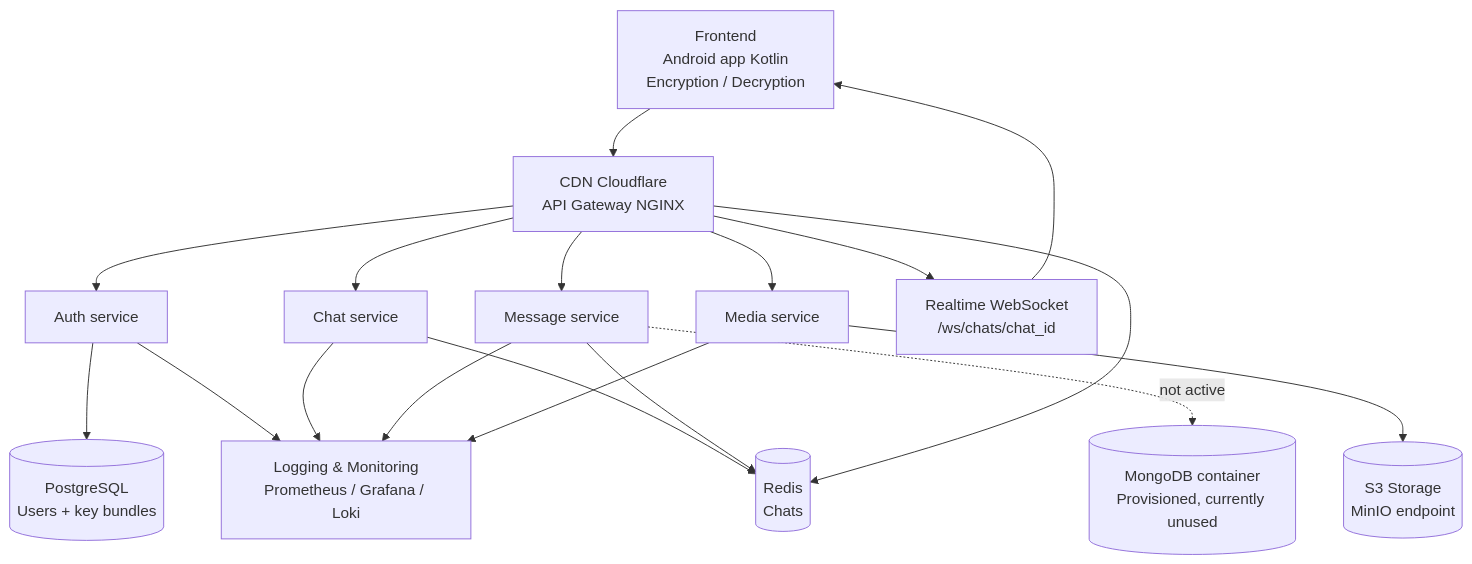
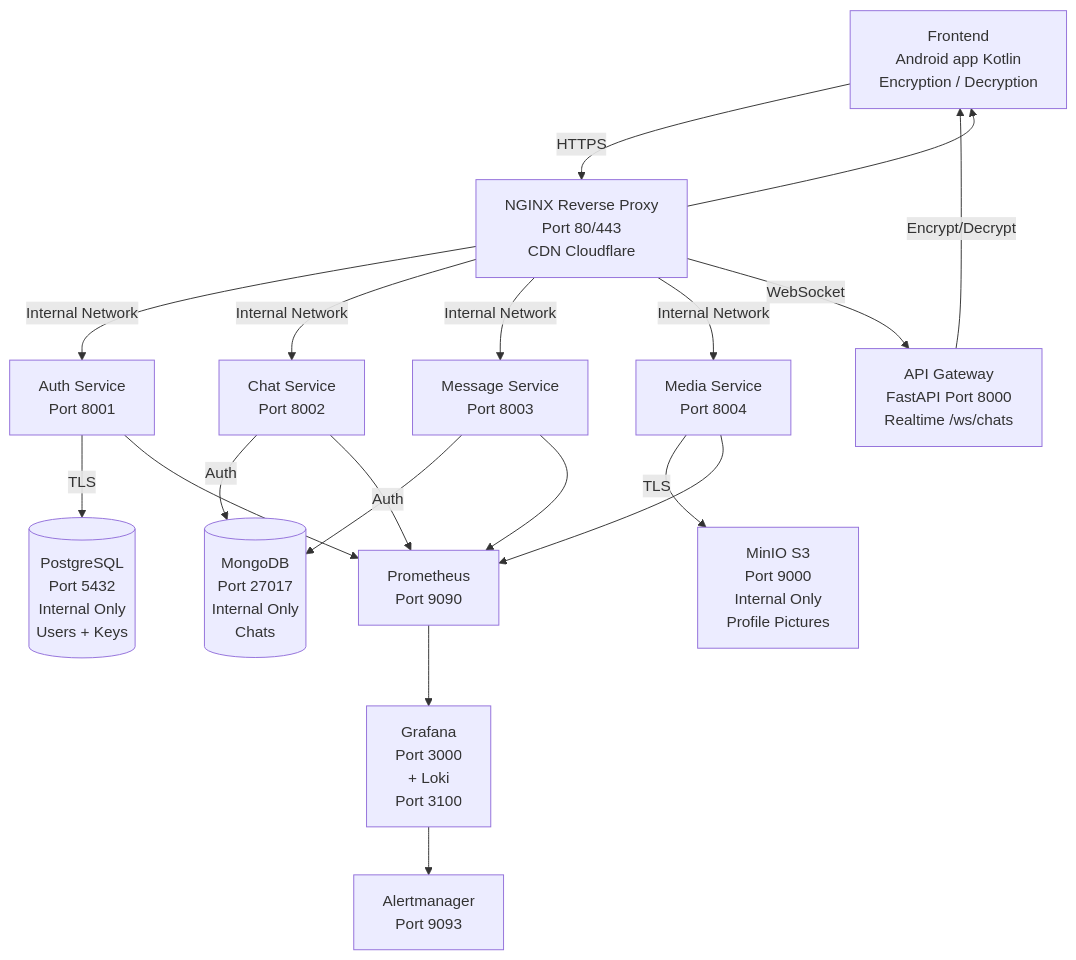
One commit to Myob11/E2EE changed the first of 2 diagrams in README.md. Above: the diagram before and after it, drawn with Mermaid. The commit also changed other lines of this file and 4 other files, not shown here.

````diff
--- a/README.md
+++ b/README.md
@@ -24,23 +32,26 @@
 ```mermaid
 flowchart TD
-		A[Frontend<br/>Android app Kotlin<br/>Encryption / Decryption] --> B[CDN Cloudflare<br/>API Gateway NGINX]
+		A[Frontend<br/>Android app Kotlin<br/>Encryption / Decryption] -->|HTTPS| B[NGINX Reverse Proxy<br/>Port 80/443<br/>CDN Cloudflare]
 
-		B --> C[Auth service]
-		B --> D[Chat service]
-		B --> E[Message service]
-		B --> F[Media service]
-        B --> G[Realtime WebSocket<br/>/ws/chats/chat_id]
+		B -->|Internal Network| C[Auth Service<br/>Port 8001]
+		B -->|Internal Network| D[Chat Service<br/>Port 8002]
+		B -->|Internal Network| E[Message Service<br/>Port 8003]
+		B -->|Internal Network| F[Media Service<br/>Port 8004]
+        B -->|WebSocket| G[API Gateway<br/>FastAPI Port 8000<br/>Realtime /ws/chats]
 
-        C --> CDB[(PostgreSQL<br/>Users + key bundles)]
-        D --> RDB[(Redis<br/>Chats)]
-        E --> RDB
-        B --> RDB
-		F --> FDB[(S3 Storage<br/>MinIO endpoint)]
-        E -. not active .-> MDB[(MongoDB container<br/>Provisioned, currently unused)]
-
-        C --> OBS[Logging & Monitoring<br/>Prometheus / Grafana / Loki]
-		D --> OBS
-		E --> OBS
-		F --> OBS
-        G --> A
+        C -->|TLS| CDB[(PostgreSQL<br/>Port 5432<br/>Internal Only<br/>Users + Keys)]
+        D -->|Auth| MDB[(MongoDB<br/>Port 27017<br/>Internal Only<br/>Chats)]
+        E -->|Auth| MDB
+        F -->|TLS| FDB[MinIO S3<br/>Port 9000<br/>Internal Only<br/>Profile Pictures]
+        
+        C --> OBS[Prometheus<br/>Port 9090]
+        D --> OBS
+        E --> OBS
+        F --> OBS
+        
+        OBS --> LOG[Grafana<br/>Port 3000<br/>+ Loki<br/>Port 3100]
+        LOG --> ALERT[Alertmanager<br/>Port 9093]
+        
+        G -->|Encrypt/Decrypt| A
+        B --> A
 ```
````
